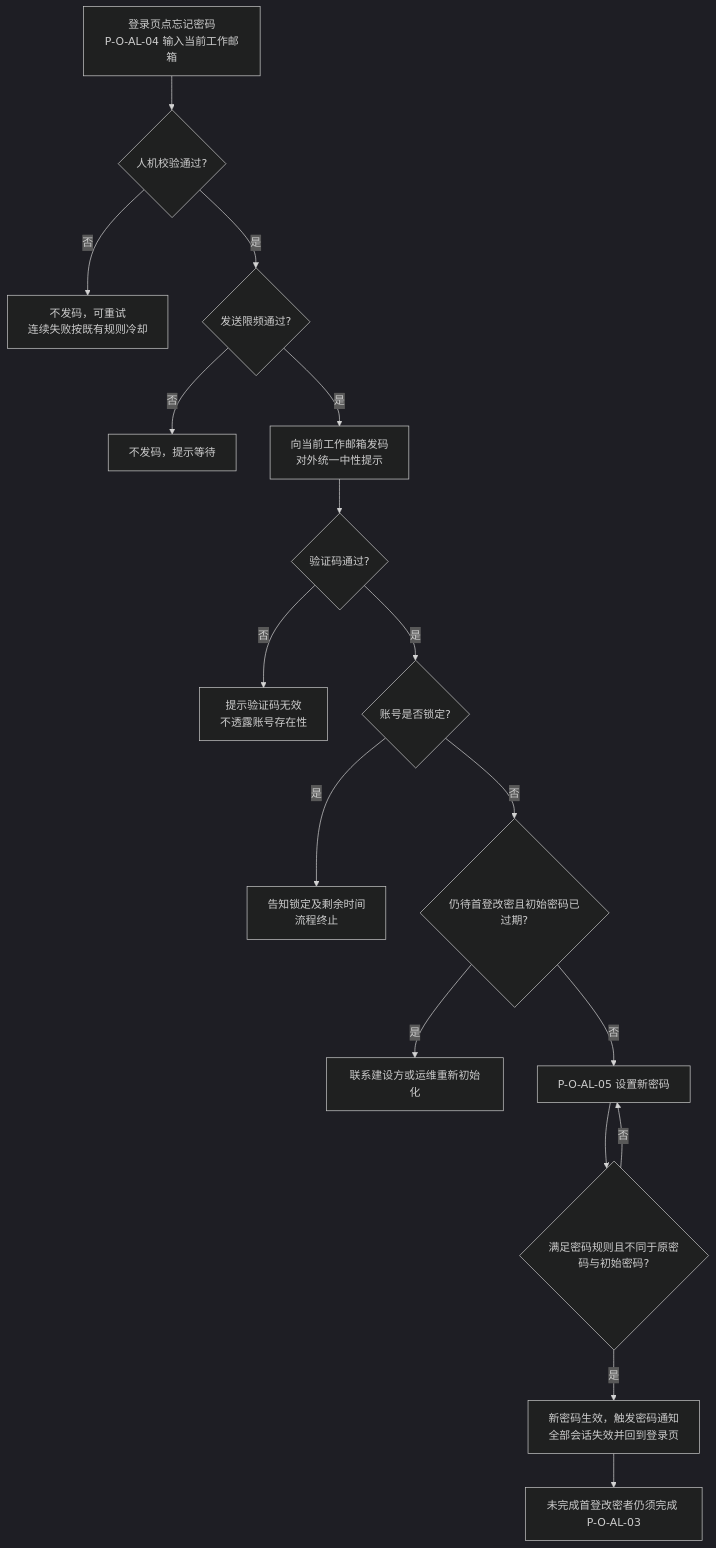
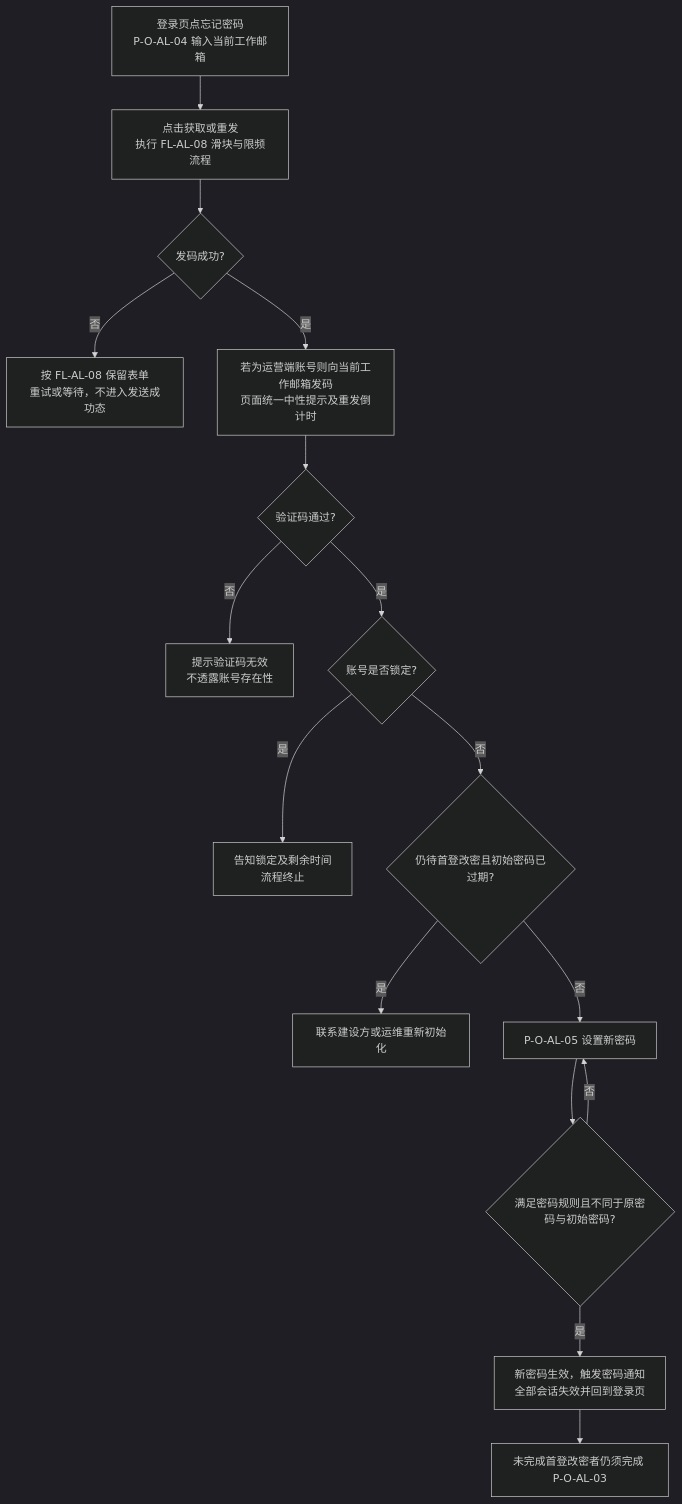
One commit to wxblockchain/Chain-Financing changed the third of 9 diagrams in lending-platform/PRD/v1.0-运营端账户与登录/v1.0-运营端账户与登录-流程图与状态机.md. Above: the diagram before and after it, drawn with Mermaid (dark theme). The commit also changed other lines of this file and 3 other files, not shown here.

````diff
--- a/lending-platform/PRD/v1.0-运营端账户与登录/v1.0-运营端账户与登录-流程图与状态机.md
+++ b/lending-platform/PRD/v1.0-运营端账户与登录/v1.0-运营端账户与登录-流程图与状态机.md
@@ -62,19 +63,18 @@
 ```mermaid
 flowchart TD
-    A["登录页点忘记密码<br/>P-O-AL-04 输入当前工作邮箱"] --> B{"人机校验通过?"}
-    B -->|否| C["不发码，可重试<br/>连续失败按既有规则冷却"]
-    B -->|是| D{"发送限频通过?"}
-    D -->|否| E["不发码，提示等待"]
-    D -->|是| F["向当前工作邮箱发码<br/>对外统一中性提示"]
+    A["登录页点忘记密码<br/>P-O-AL-04 输入当前工作邮箱"] --> B["点击获取或重发<br/>执行 FL-AL-08 滑块与限频流程"]
+    B --> D{"发码成功?"}
+    D -->|否| E["按 FL-AL-08 保留表单<br/>重试或等待，不进入发送成功态"]
+    D -->|是| F["若为运营端账号则向当前工作邮箱发码<br/>页面统一中性提示及重发倒计时"]
     F --> G{"验证码通过?"}
     G -->|否| H["提示验证码无效<br/>不透露账号存在性"]
     G -->|是| I{"账号是否锁定?"}
     I -->|是| J["告知锁定及剩余时间<br/>流程终止"]
     I -->|否| Q{"仍待首登改密且初始密码已过期?"}
     Q -->|是| R["联系建设方或运维重新初始化"]
     Q -->|否| K["P-O-AL-05 设置新密码"]
     K --> L{"满足密码规则且不同于原密码与初始密码?"}
     L -->|否| K
     L -->|是| M["新密码生效，触发密码通知<br/>全部会话失效并回到登录页"]
     M --> N["未完成首登改密者仍须完成 P-O-AL-03"]
 ```
````
